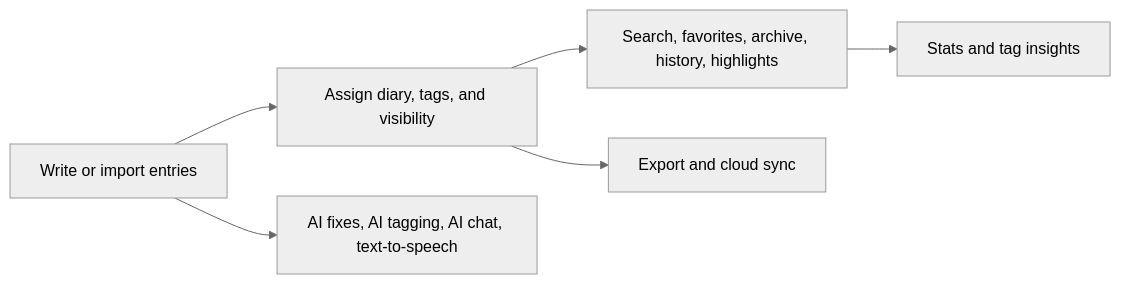
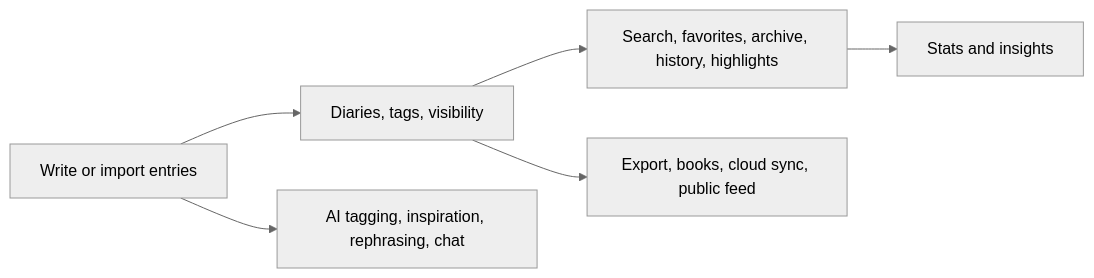
Before and after one commit to chefzaid/thoughty: the diagram in docs/features.md, drawn with Mermaid (neutral theme). The commit also changed other lines of this file and 13 other files, not shown here.

````diff
--- a/docs/features.md
+++ b/docs/features.md
@@ -5,8 +5,8 @@
 ```mermaid
 flowchart LR
-	Capture[Write or import entries] --> Organize[Assign diary, tags, and visibility]
+	Capture[Write or import entries] --> Organize[Diaries, tags, visibility]
 	Organize --> Revisit[Search, favorites, archive, history, highlights]
-	Revisit --> Understand[Stats and tag insights]
-	Organize --> Share[Export and cloud sync]
-	Capture --> Assist[AI fixes, AI tagging, AI chat, text-to-speech]
+	Revisit --> Understand[Stats and insights]
+	Organize --> Share[Export, books, cloud sync, public feed]
+	Capture --> Assist[AI tagging, inspiration, rephrasing, chat]
 ```
````
